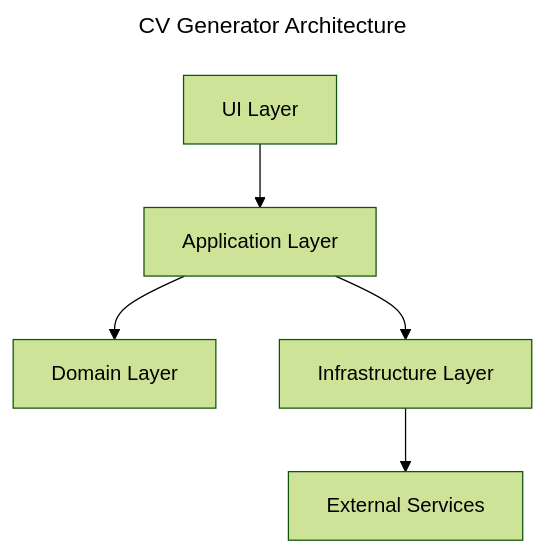
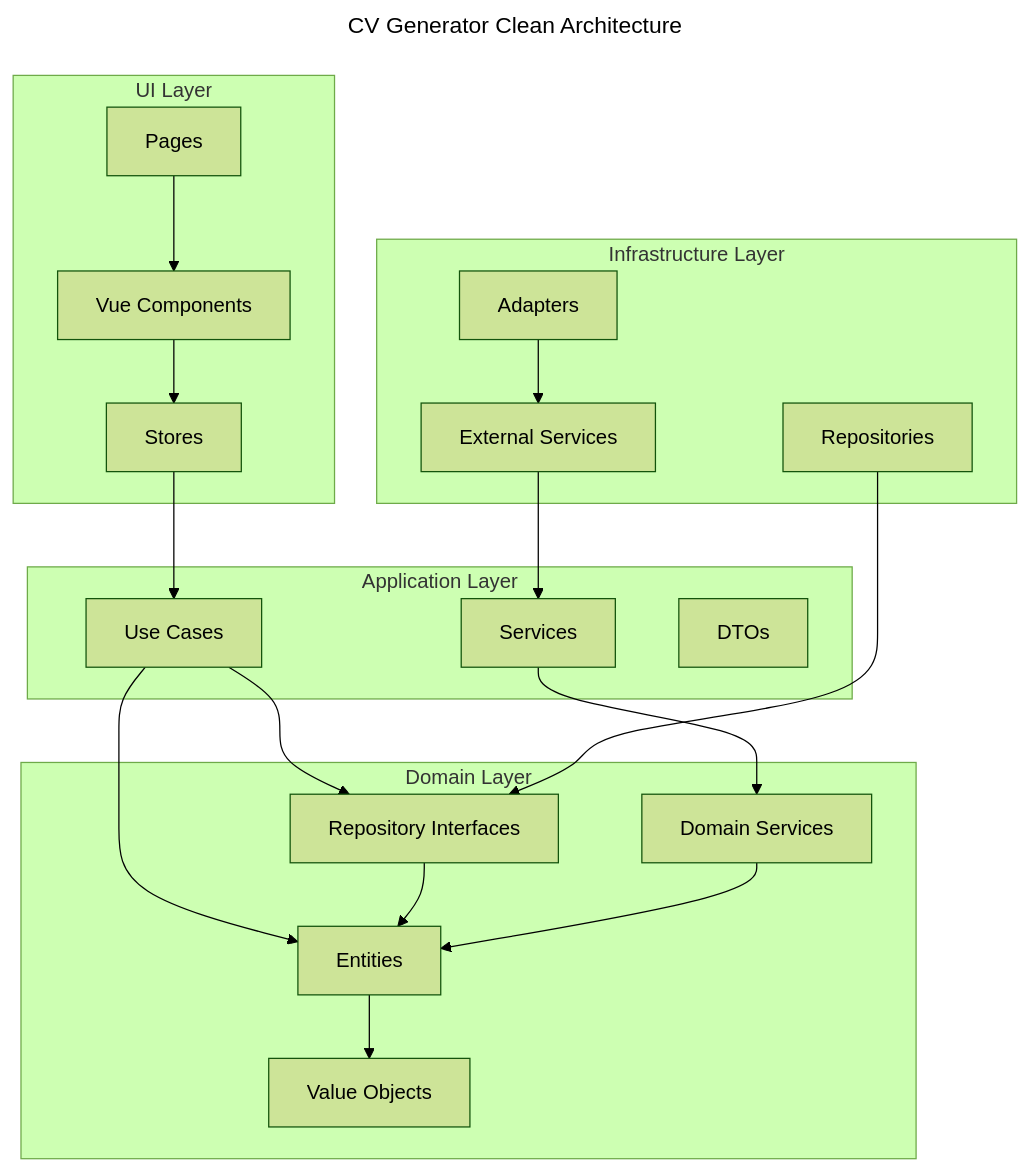
Before and after one commit to giak/cv-generator: the diagram in README.md, drawn with Mermaid (forest theme). The commit also changed other lines of this file and 1 other file, not shown here.

````diff
--- a/README.md
+++ b/README.md
@@ -72,10 +82,50 @@
 ```mermaid
 ---
-title: CV Generator Architecture
+title: CV Generator Clean Architecture
 ---
 graph TD
-    A[UI Layer] --> B[Application Layer]
-    B --> C[Domain Layer]
-    B --> D[Infrastructure Layer]
-    D --> E[External Services]
+    subgraph "UI Layer"
+        A1[Vue Components]
+        A2[Stores]
+        A3[Pages]
+    end
+
+    subgraph "Application Layer"
+        B1[Use Cases]
+        B2[Services]
+        B3[DTOs]
+    end
+
+    subgraph "Domain Layer"
+        C1[Entities]
+        C2[Value Objects]
+        C3[Repository Interfaces]
+        C4[Domain Services]
+    end
+
+    subgraph "Infrastructure Layer"
+        D1[Repositories]
+        D2[External Services]
+        D3[Adapters]
+    end
+
+    %% UI Layer Dependencies
+    A1 --> A2
+    A2 --> B1
+    A3 --> A1
+
+    %% Application Layer Dependencies
+    B1 --> C1
+    B1 --> C3
+    B2 --> C4
+
+    %% Domain Layer Dependencies
+    C1 --> C2
+    C3 --> C1
+    C4 --> C1
+
+    %% Infrastructure Layer Dependencies
+    D1 --> C3
+    D2 --> B2
+    D3 --> D2
 ```
````
